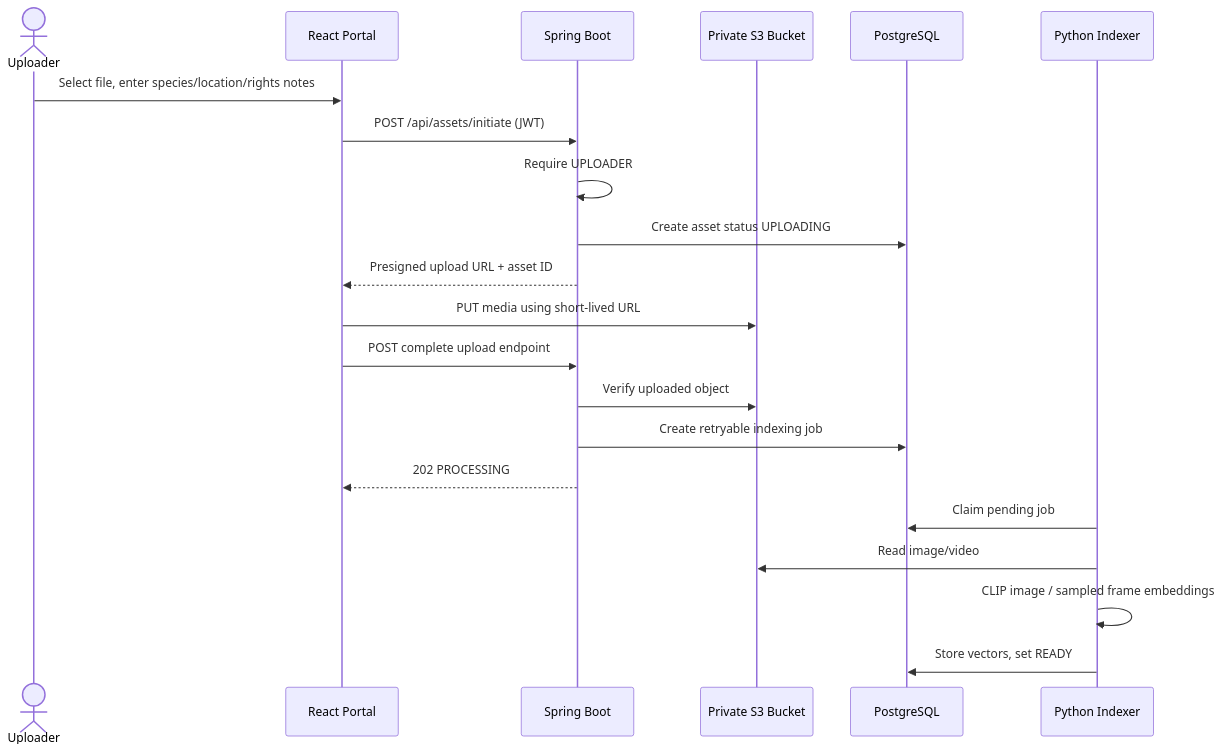
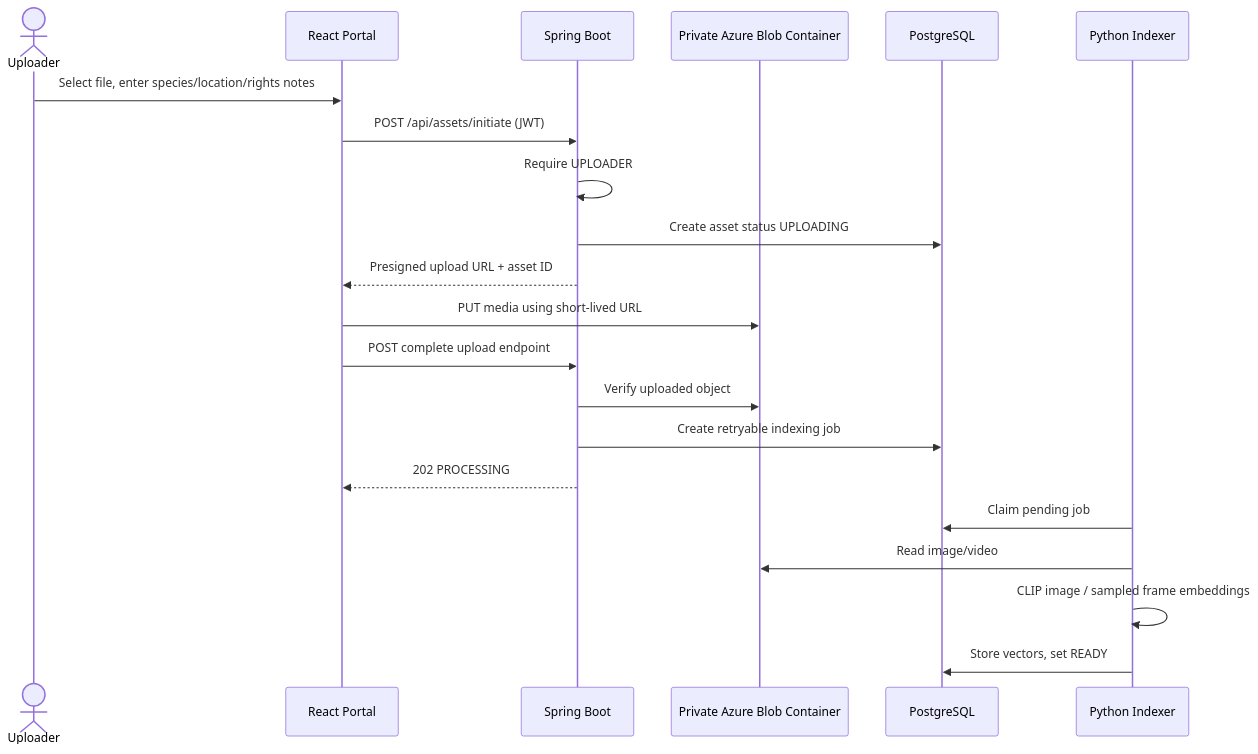
One commit to sagarparker/CMPE_272_PROJECT changed the fourth of 6 diagrams in README.md. Above: the diagram before and after it, drawn with Mermaid. The commit also changed other lines of this file and 152 other files, not shown here.

````diff
--- a/README.md
+++ b/README.md
@@ -108,23 +159,23 @@
 ```mermaid
 sequenceDiagram
     actor Uploader
     participant UI as React Portal
     participant API as Spring Boot
-    participant S3 as Private S3 Bucket
+    participant BLOB as Private Azure Blob Container
     participant DB as PostgreSQL
     participant Worker as Python Indexer
     Uploader->>UI: Select file, enter species/location/rights notes
     UI->>API: POST /api/assets/initiate (JWT)
     API->>API: Require UPLOADER
     API->>DB: Create asset status UPLOADING
     API-->>UI: Presigned upload URL + asset ID
-    UI->>S3: PUT media using short-lived URL
+    UI->>BLOB: PUT media using short-lived URL
     UI->>API: POST complete upload endpoint
-    API->>S3: Verify uploaded object
+    API->>BLOB: Verify uploaded object
     API->>DB: Create retryable indexing job
     API-->>UI: 202 PROCESSING
     Worker->>DB: Claim pending job
-    Worker->>S3: Read image/video
+    Worker->>BLOB: Read image/video
     Worker->>Worker: CLIP image / sampled frame embeddings
     Worker->>DB: Store vectors, set READY
 ```
````
